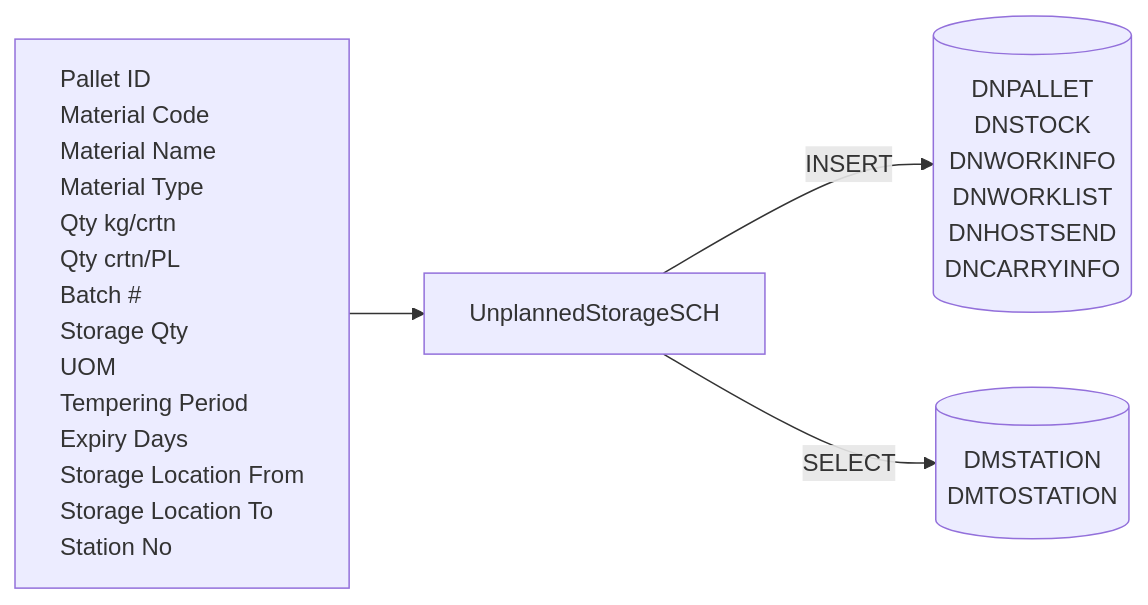
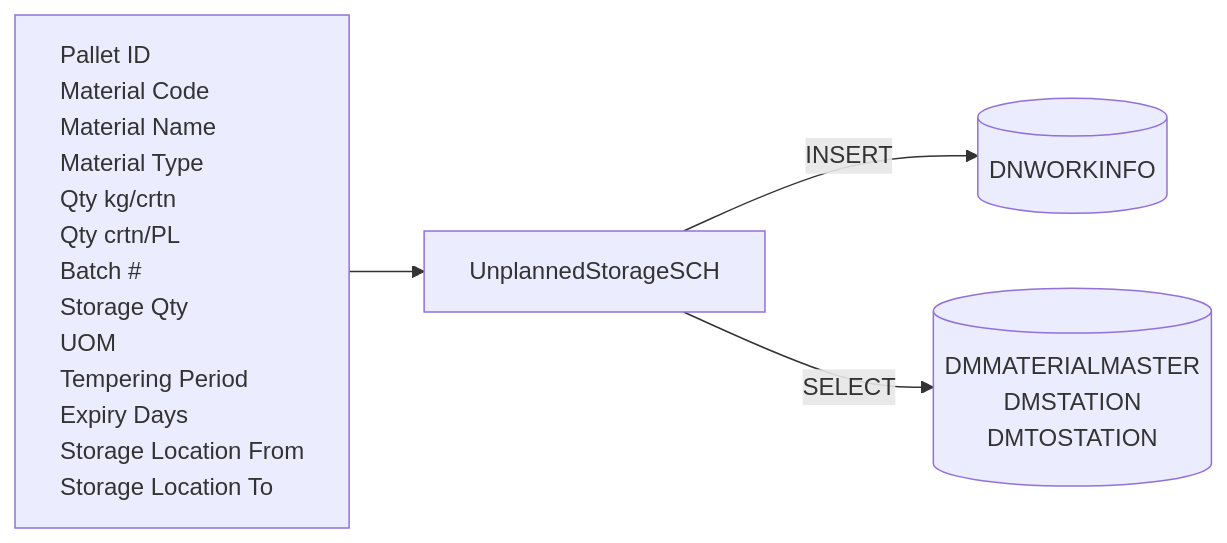
One commit to luthfiadityaa/SimeDarby-Wiki changed the first of 20 diagrams in Basic-Design/DFD-WMS/Storage/Unplanned-Storage/Unplanned-Storage-from-OP-Area.md. Above: the diagram before and after it, drawn with Mermaid.

Commit message:
Updated Unplanned Storage from OP Area

```diff
--- a/Basic-Design/DFD-WMS/Storage/Unplanned-Storage/Unplanned-Storage-from-OP-Area.md
+++ b/Basic-Design/DFD-WMS/Storage/Unplanned-Storage/Unplanned-Storage-from-OP-Area.md
@@ -19,42 +19,37 @@
 ::: mermaid
 flowchart LR
     input[
         Pallet ID
         Material Code
         Material Name
         Material Type
         Qty kg/crtn
         Qty crtn/PL
         Batch #
         Storage Qty
         UOM
         Tempering Period
         Expiry Days
         Storage Location From
         Storage Location To 
-        Station No       
     ]
 
     tableList-insert[("
-        DNPALLET
-        DNSTOCK
         DNWORKINFO
-        DNWORKLIST
-        DNHOSTSEND
-        DNCARRYINFO
     ")]
 
     tableList-select[("
+        DMMATERIALMASTER
         DMSTATION
         DMTOSTATION
     ")]
 
 
     className[UnplannedStorageSCH]
 
     input --> className --> |INSERT| tableList-insert
     className --> |SELECT| tableList-select
 
     classDef leftAlign text-align:left;
     class input leftAlign;
 :::
```
